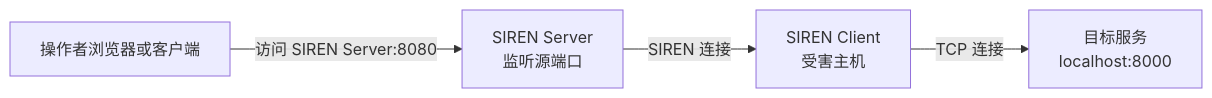
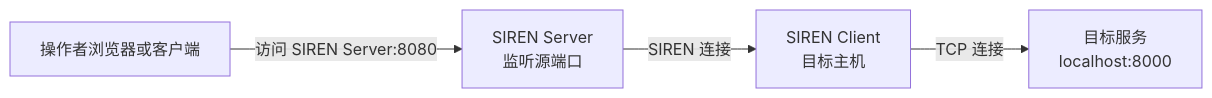
The diagram in content/docs/(siren)/portforward.mdx (SignorMercurio/siren_docs), drawn with Mermaid before and after one commit. The commit also changed other lines of this file and 17 other files, not shown here.

````diff
--- a/content/docs/(siren)/portforward.mdx
+++ b/content/docs/(siren)/portforward.mdx
@@ -22,6 +22,6 @@
 ```mermaid
 graph LR
     A[操作者浏览器或客户端] -->|访问 SIREN Server:8080| B[SIREN Server<br/>监听源端口]
-    B -->|SIREN 连接| C[SIREN Client<br/>受害主机]
+    B -->|SIREN 连接| C[SIREN Client<br/>目标主机]
     C -->|TCP 连接| D[目标服务<br/>localhost:8000]
 ```
````
